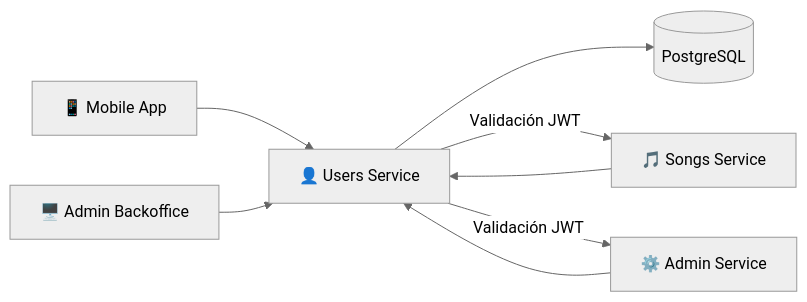
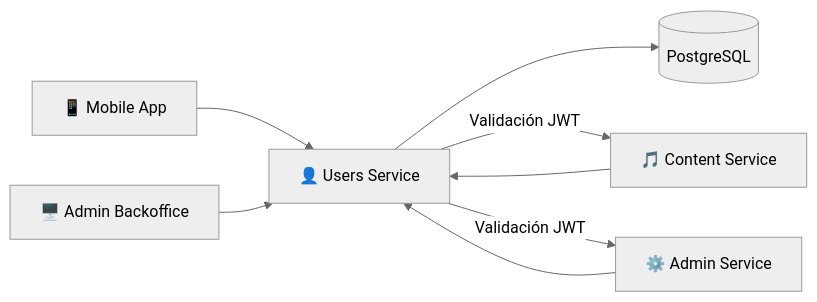
One commit to Melodia-FIUBA/docs changed the diagram in docs/services/users-service.md. Above: the diagram before and after it, drawn with Mermaid (neutral theme). The commit also changed 9 other files, not shown here.

Commit message:
change songs service for content service

````diff
--- a/docs/services/users-service.md
+++ b/docs/services/users-service.md
@@ -11,13 +11,13 @@
 ```mermaid
 graph LR
     Users[👤 Users Service]
 
-    Songs[🎵 Songs Service] --> Users
+    Songs[🎵 Content Service] --> Users
     Admin[⚙️ Admin Service] --> Users
     App[📱 Mobile App] --> Users
     Backoffice[🖥️ Admin Backoffice] --> Users
 
     Users --> DB[(PostgreSQL)]
     Users --> |Validación JWT| Songs
     Users --> |Validación JWT| Admin
 ```
````
